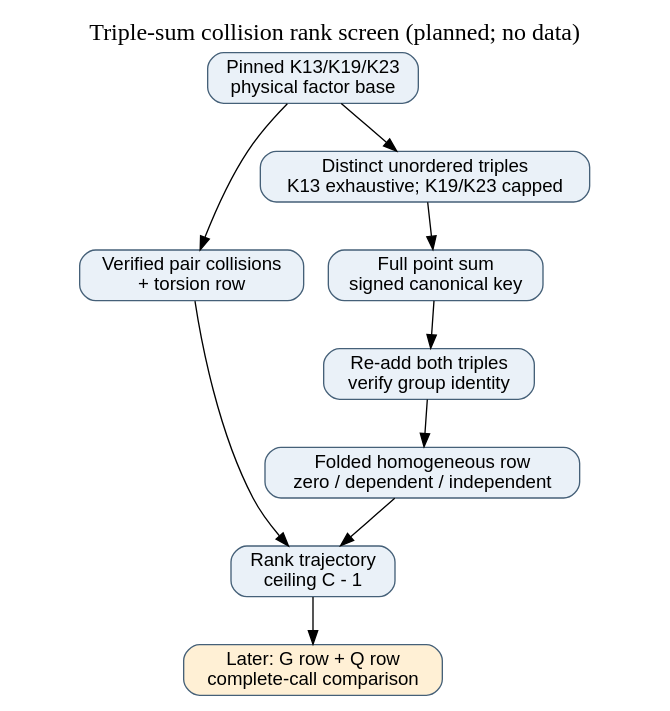
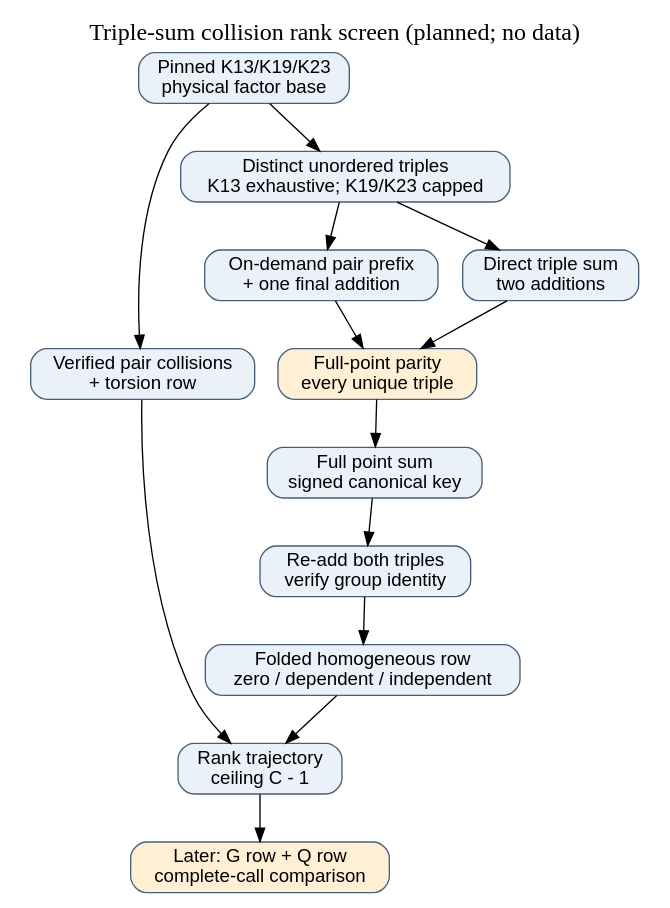
The diagram in research/rootfind_triple_collision_rank_20261116/flow.dot (isogeny-labs/crypto), drawn with Graphviz before and after one commit. The commit also changed 9 other files, not shown here.

Commit message:
Reuse pair prefixes in triple collision rank screen

```diff
--- a/research/rootfind_triple_collision_rank_20261116/flow.dot
+++ b/research/rootfind_triple_collision_rank_20261116/flow.dot
@@ -1,14 +1,20 @@
 digraph triples {
   graph [rankdir=TB, bgcolor="white", label="Triple-sum collision rank screen (planned; no data)", labelloc=t, fontsize=18];
   node [shape=box, style="rounded,filled", fillcolor="#eaf1f8", color="#456078", fontname="Helvetica", fontsize=14];
   base [label="Pinned K13/K19/K23\nphysical factor base"];
   seed [label="Verified pair collisions\n+ torsion row"];
   triples [label="Distinct unordered triples\nK13 exhaustive; K19/K23 capped"];
+  cache [label="On-demand pair prefix\n+ one final addition"];
+  direct [label="Direct triple sum\ntwo additions"];
+  parity [label="Full-point parity\nevery unique triple", fillcolor="#fff0d5"];
   key [label="Full point sum\nsigned canonical key"];
   check [label="Re-add both triples\nverify group identity"];
   rows [label="Folded homogeneous row\nzero / dependent / independent"];
   rank [label="Rank trajectory\nceiling C - 1"];
   gate [label="Later: G row + Q row\ncomplete-call comparison", fillcolor="#fff0d5"];
   base -> seed -> rank;
-  base -> triples -> key -> check -> rows -> rank -> gate;
+  base -> triples;
+  triples -> cache -> parity;
+  triples -> direct -> parity;
+  parity -> key -> check -> rows -> rank -> gate;
 }
```
